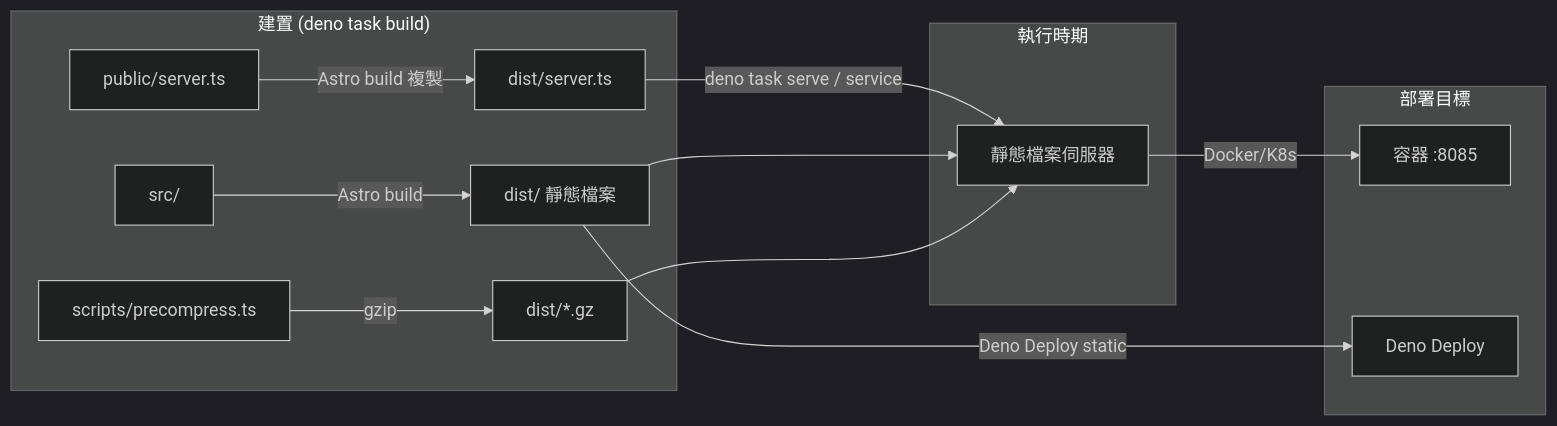
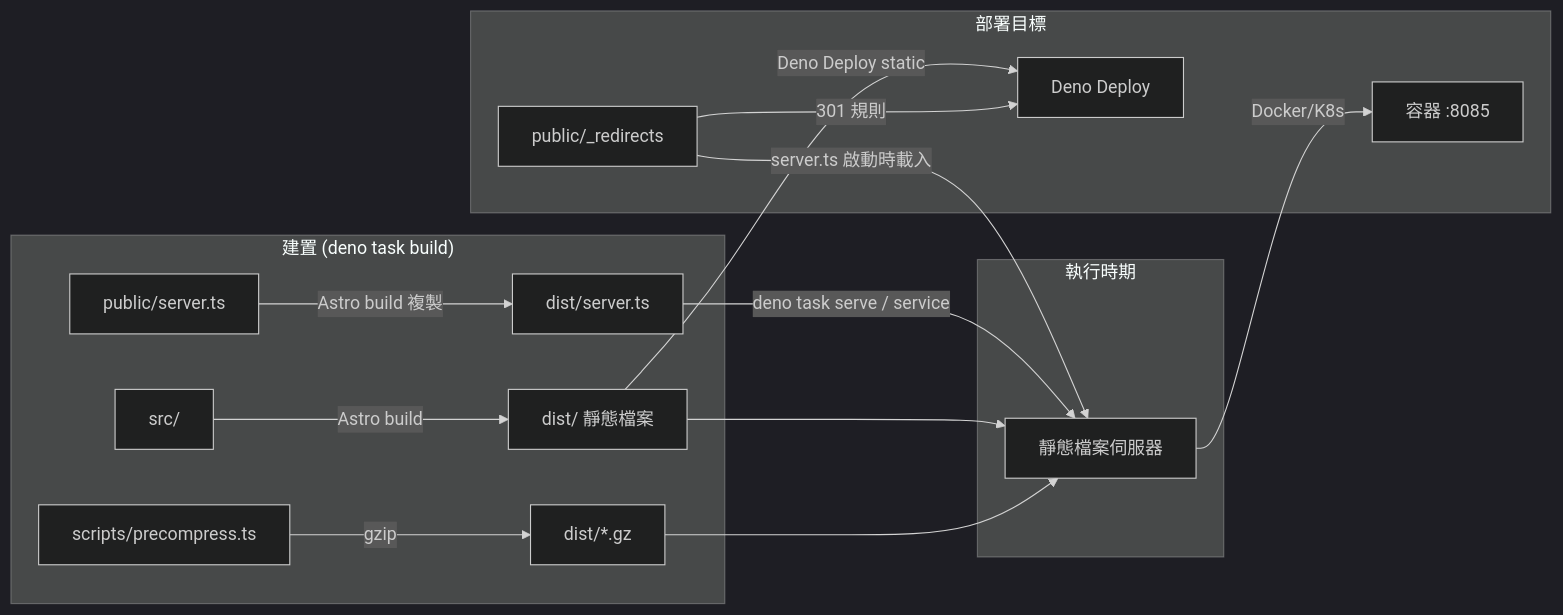
Before and after one commit to neko0xff/blog_astroV2: the diagram in docs/blog_arch.md, drawn with Mermaid (dark theme). The commit also changed other lines of this file and 44 other files, not shown here.

````diff
--- a/docs/blog_arch.md
+++ b/docs/blog_arch.md
@@ -17,19 +17,21 @@
 ```mermaid
 flowchart LR
     subgraph Build["建置 (deno task build)"]
         A[public/server.ts] -->|Astro build 複製| D[dist/server.ts]
         S[src/] -->|Astro build| D2[dist/ 靜態檔案]
         P[scripts/precompress.ts] -->|gzip| D3[dist/*.gz]
     end
 
     subgraph Runtime["執行時期"]
         D -->|deno task serve / service| S1[靜態檔案伺服器]
         D2 --> S1
         D3 --> S1
     end
 
     subgraph Deploy["部署目標"]
         S1 -->|Docker/K8s| C1[容器 :8085]
         D2 -->|Deno Deploy static| C2[Deno Deploy]
+        R[public/_redirects] -->|301 規則| C2
+        R -->|server.ts 啟動時載入| S1
     end
 ```
````
